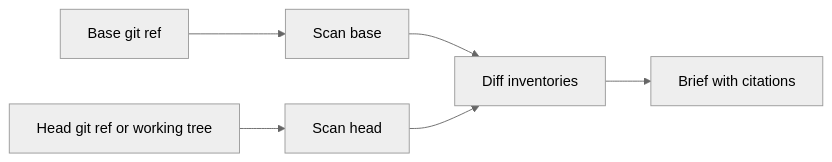
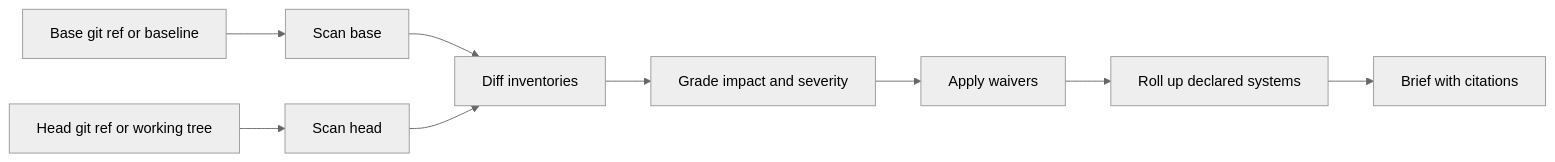
The second of 5 diagrams in README.md (krishyaid-coder/flyleaf), drawn with Mermaid (neutral theme) before and after one commit. The commit also changed other lines of this file and 10 other files, not shown here.

Commit message:
Add waivers, severity, baseline, exit codes, and SARIF.

````diff
--- a/README.md
+++ b/README.md
@@ -45,15 +47,18 @@
 ```mermaid
 flowchart LR
-  baseRef[Base git ref]
+  baseRef[Base git ref or baseline]
   headRef[Head git ref or working tree]
   scanBase[Scan base]
   scanHead[Scan head]
   diff[Diff inventories]
+  graded[Grade impact and severity]
+  waivers[Apply waivers]
+  rollup[Roll up declared systems]
   memo[Brief with citations]
 
   baseRef --> scanBase
   headRef --> scanHead
   scanBase --> diff
   scanHead --> diff
-  diff --> memo
+  diff --> graded --> waivers --> rollup --> memo
 ```
````
